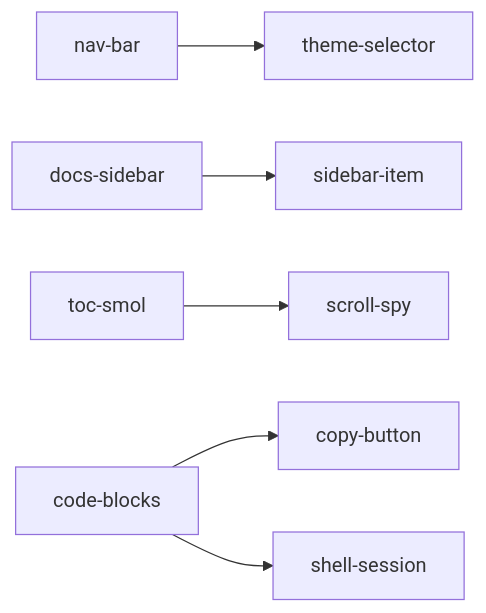
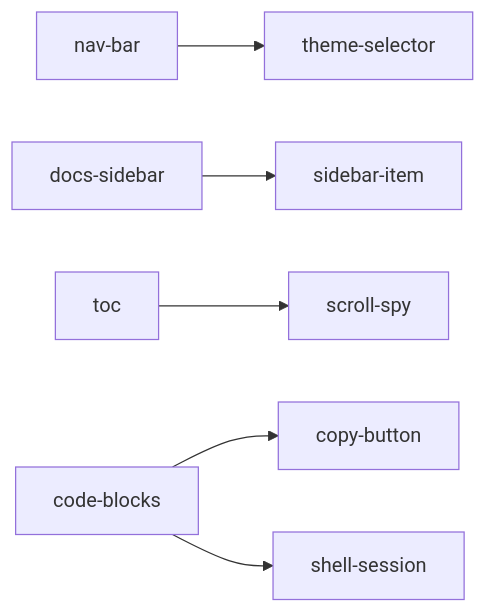
One commit to RichardJECooke/better-static-sites.github.io changed the diagram in src/content/build-tools/mermaid.mdx. Above: the diagram before and after it, drawn with Mermaid. The commit also changed other lines of this file and 121 other files, not shown here.

````diff
--- a/src/content/build-tools/mermaid.mdx
+++ b/src/content/build-tools/mermaid.mdx
@@ -65,8 +65,8 @@
 ```mermaid
 graph LR
   nav-bar --> theme-selector
   docs-sidebar --> sidebar-item
-  toc-smol --> scroll-spy
+  toc --> scroll-spy
   code-blocks --> copy-button
   code-blocks --> shell-session
 ```
````
